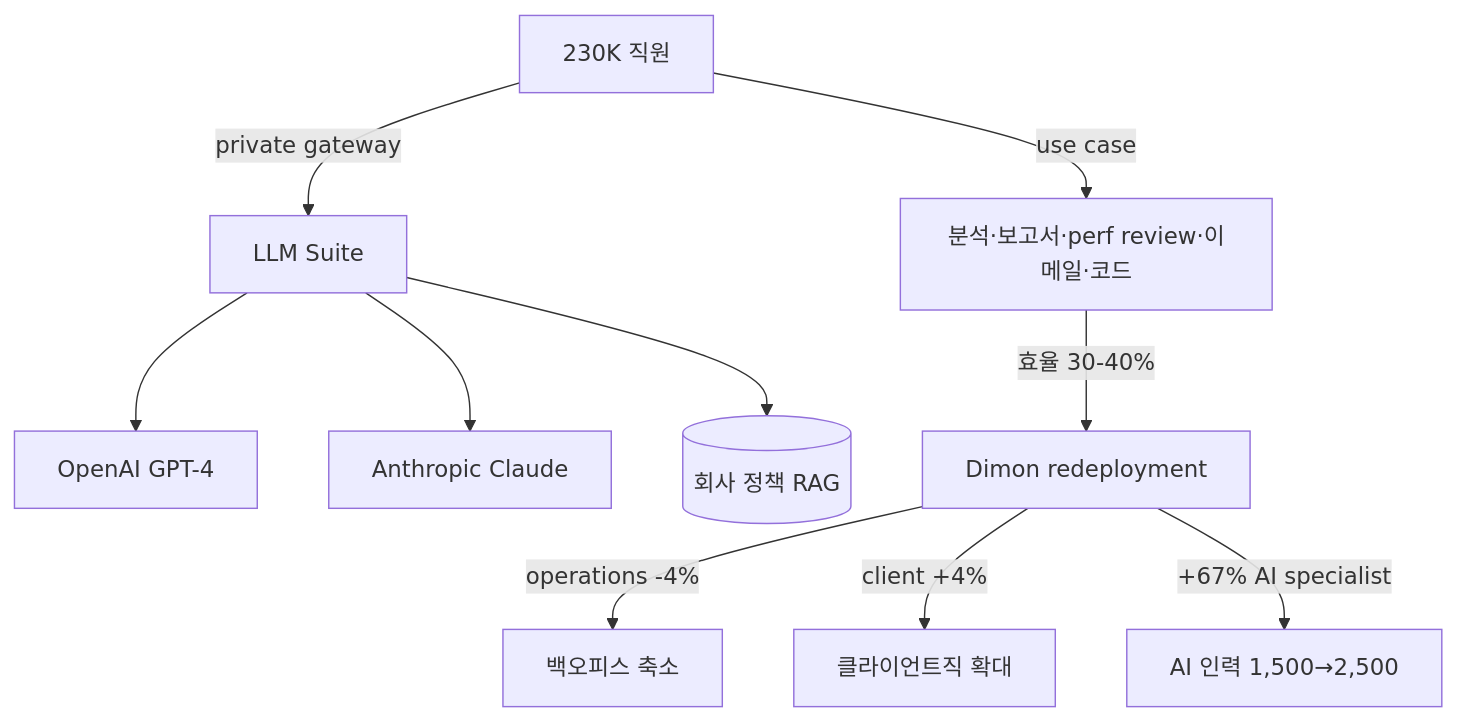
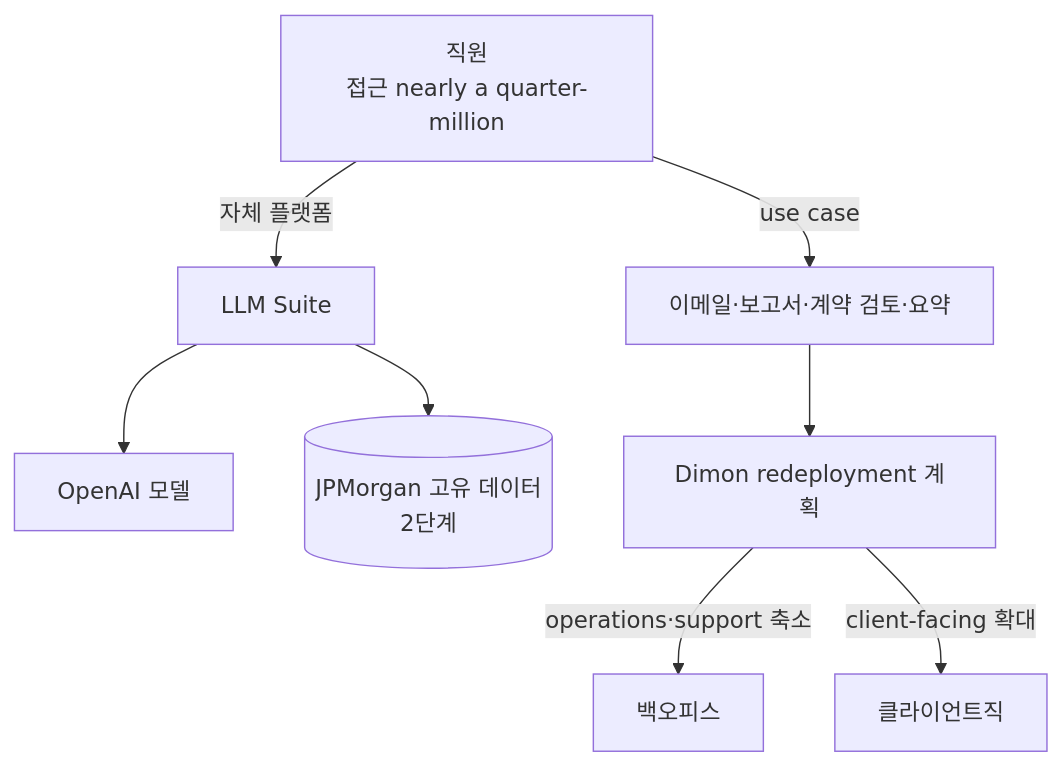
Before and after one commit to jameskim1st/hr-ai-benchmark: the diagram in wiki/usecases/jpmorgan-llm-suite-redeployment.md, drawn with Mermaid. The commit also changed other lines of this file and 222 other files, not shown here.

````diff
--- a/wiki/usecases/jpmorgan-llm-suite-redeployment.md
+++ b/wiki/usecases/jpmorgan-llm-suite-redeployment.md
@@ -95,12 +101,10 @@
 ```mermaid
 flowchart TB
-    Emp[230K 직원] -->|private gateway| Suite[LLM Suite]
-    Suite --> GPT[OpenAI GPT-4]
-    Suite --> Claude[Anthropic Claude]
-    Suite --> RAG[(회사 정책 RAG)]
-    Emp -->|use case| Use[분석·보고서·perf review·이메일·코드]
-    Use -->|효율 30-40%| Reinvest[Dimon redeployment]
-    Reinvest -->|operations -4%| Ops[백오피스 축소]
-    Reinvest -->|client +4%| Client[클라이언트직 확대]
-    Reinvest -->|+67% AI specialist| Spec[AI 인력 1,500→2,500]
+    Emp[직원<br/>접근 nearly a quarter-million] -->|자체 플랫폼| Suite[LLM Suite]
+    Suite --> GPT[OpenAI 모델]
+    Suite --> Data[(JPMorgan 고유 데이터<br/>2단계)]
+    Emp -->|use case| Use[이메일·보고서·계약 검토·요약]
+    Use --> Redeploy[Dimon redeployment 계획]
+    Redeploy -->|operations·support 축소| Ops[백오피스]
+    Redeploy -->|client-facing 확대| Client[클라이언트직]
 ```
````
